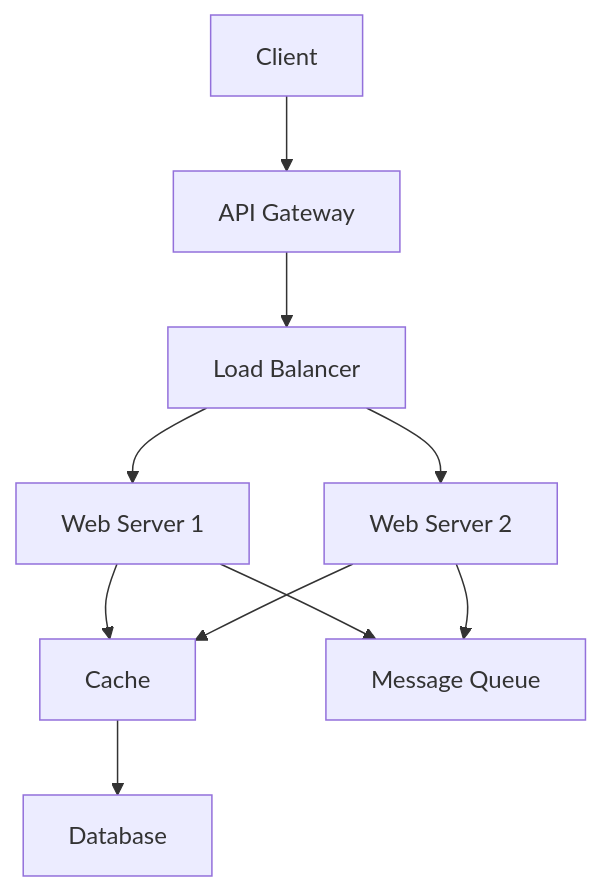
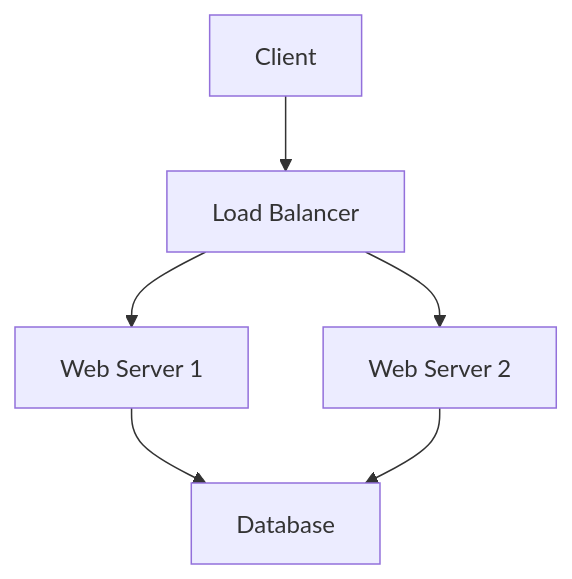
The second of 2 diagrams in system-design-basics/README.md (VrushankPatel/interview-matters), drawn with Mermaid before and after one commit. The commit also changed other lines of this file and 2 other files, not shown here.

Commit message:
kb: add/update topics collections-and-data-structures, java-stream-api-and-functional-programming, system-design-basics, high-scalability-patterns, cap-theorem-and-distributed-systems

````diff
--- a/system-design-basics/README.md
+++ b/system-design-basics/README.md
@@ -111,12 +89,8 @@
 ```mermaid
 graph TD
-    A[Client] --> B[API Gateway]
-    B --> C[Load Balancer]
-    C --> D[Web Server 1]
-    C --> E[Web Server 2]
-    D --> F[Cache]
-    E --> F
-    F --> G[Database]
-    D --> H[Message Queue]
-    E --> H
+    A[Client] --> B[Load Balancer]
+    B --> C[Web Server 1]
+    B --> D[Web Server 2]
+    C --> E[Database]
+    D --> E
 ```
````
